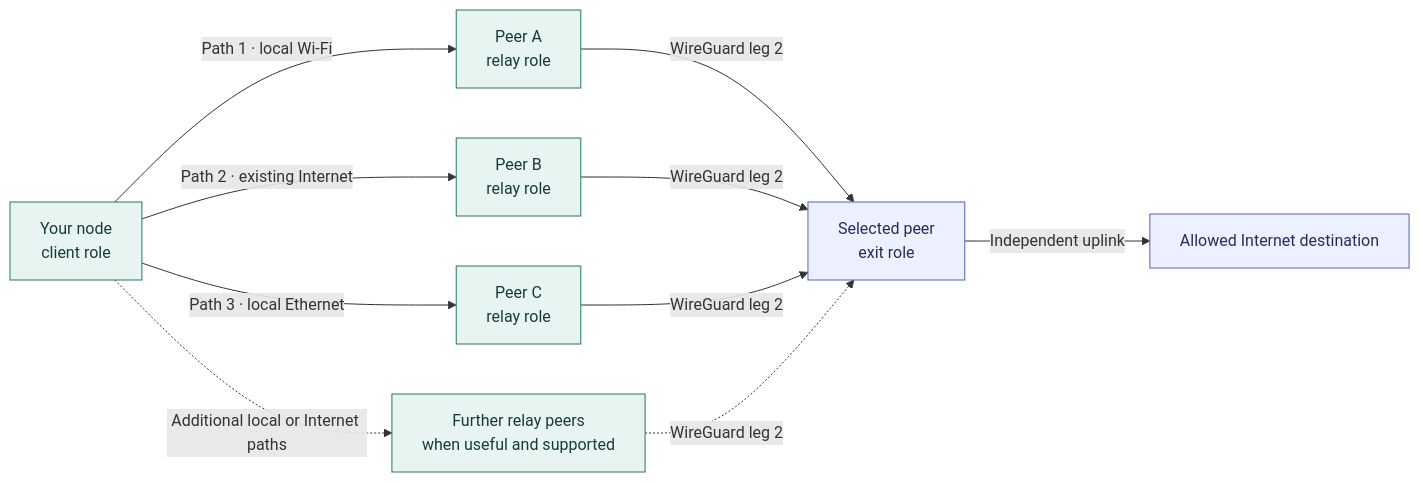
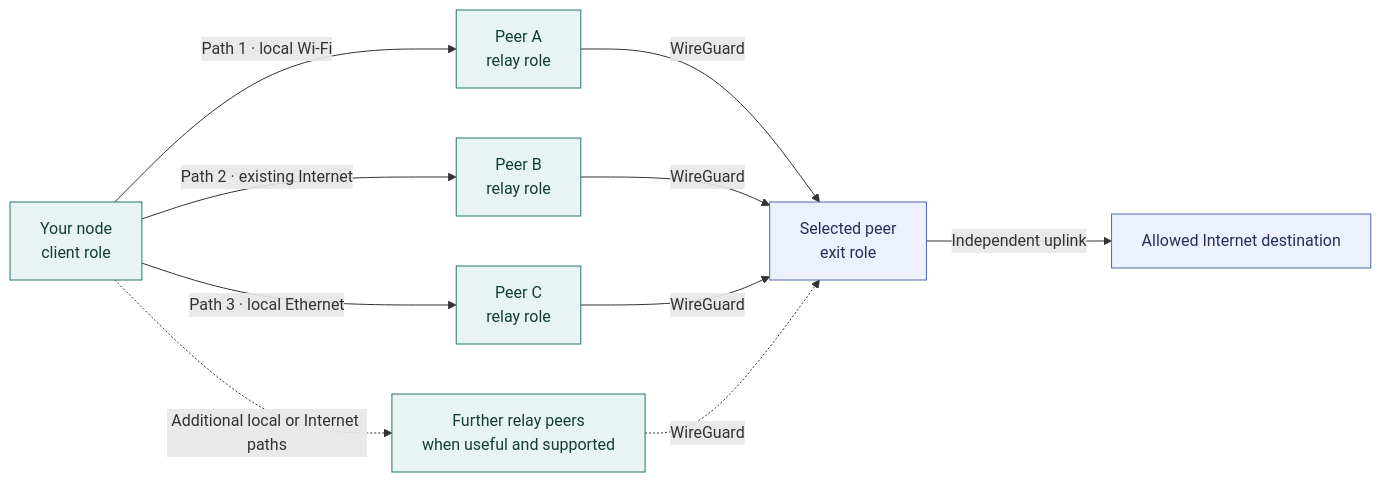
One commit to VOLPAROSSA/volparossa changed the first of 3 diagrams in README.md. Above: the diagram before and after it, drawn with Mermaid. The commit also changed other lines of this file and 38 other files, not shown here.

````diff
--- a/README.md
+++ b/README.md
@@ -86,25 +87,25 @@
 ```mermaid
 flowchart LR
     C["Your node<br/>client role"]
     R1["Peer A<br/>relay role"]
     R2["Peer B<br/>relay role"]
     R3["Peer C<br/>relay role"]
     RN["Further relay peers<br/>when useful and supported"]
     E["Selected peer<br/>exit role"]
     D["Allowed Internet destination"]
 
     C -->|"Path 1 · local Wi-Fi"| R1
     C -->|"Path 2 · existing Internet"| R2
     C -->|"Path 3 · local Ethernet"| R3
     C -.->|"Additional local or Internet paths"| RN
-    R1 -->|"WireGuard leg 2"| E
-    R2 -->|"WireGuard leg 2"| E
-    R3 -->|"WireGuard leg 2"| E
-    RN -.->|"WireGuard leg 2"| E
+    R1 -->|"WireGuard"| E
+    R2 -->|"WireGuard"| E
+    R3 -->|"WireGuard"| E
+    RN -.->|"WireGuard"| E
     E -->|"Independent uplink"| D
 
     classDef peer fill:#e8f4f2,stroke:#24766c,color:#143d37;
     classDef endpoint fill:#edf0ff,stroke:#5264ad,color:#252f58;
     class C,R1,R2,R3,RN peer;
     class E,D endpoint;
 ```
````
